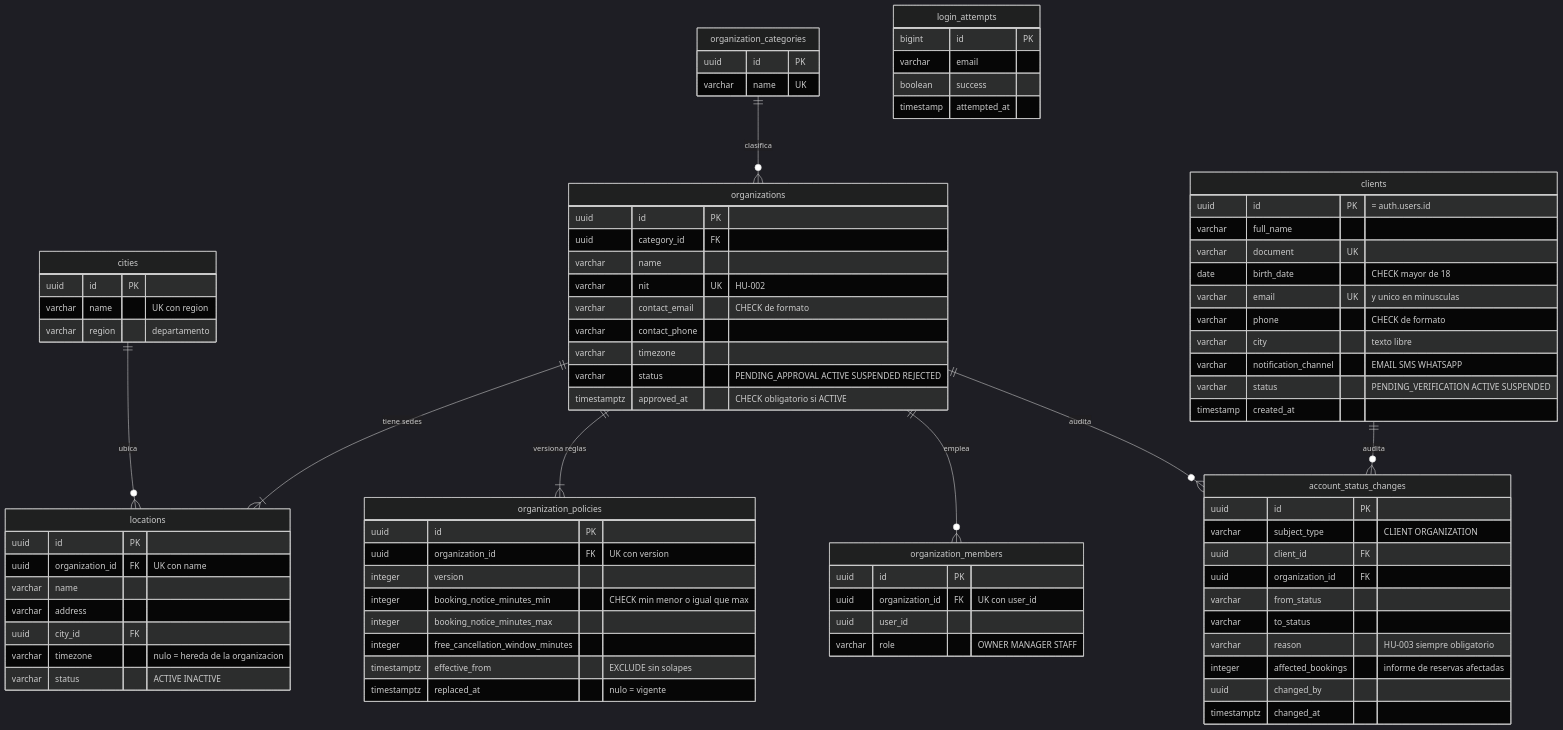
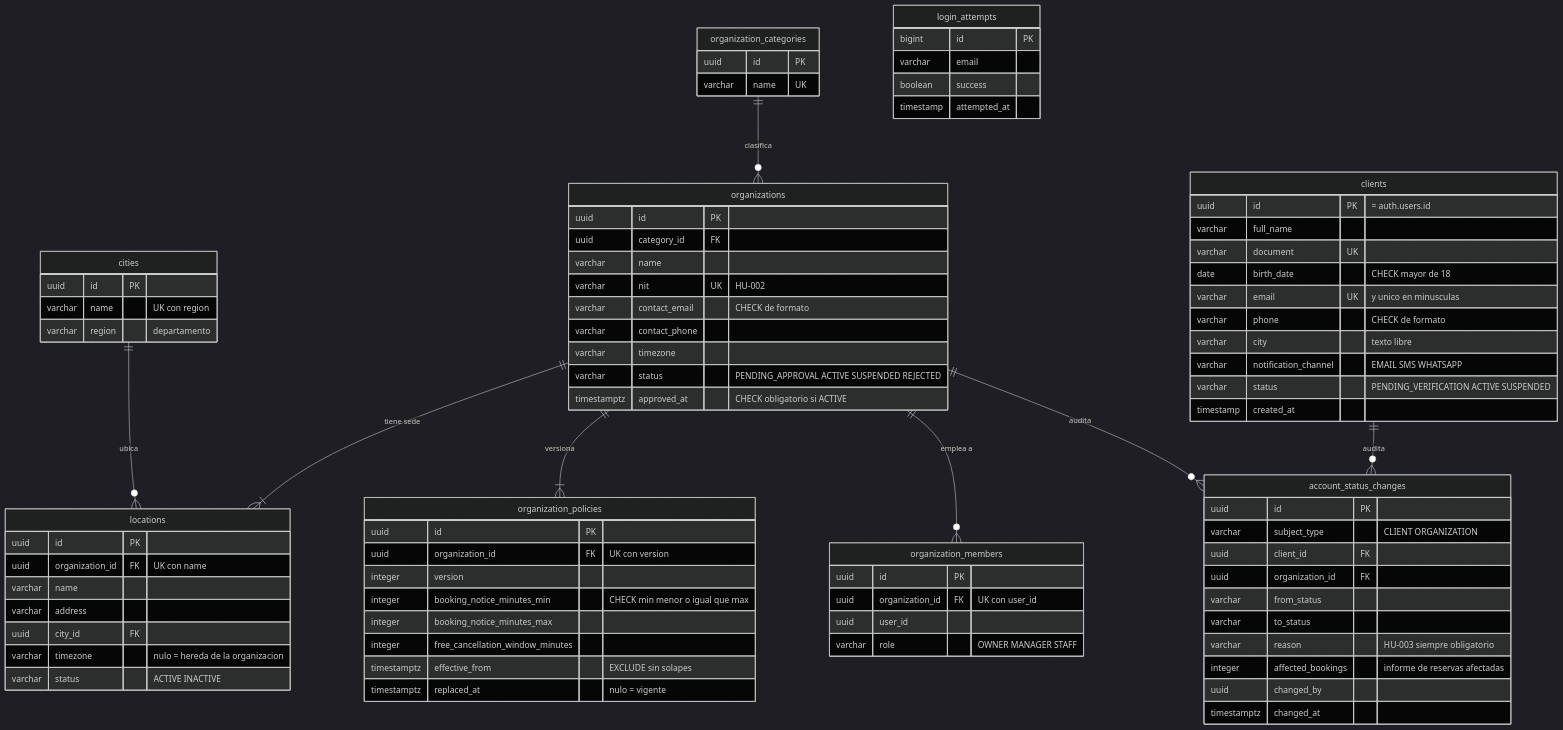
One commit to andersonhg19/bookingplatform-BDs changed the first of 3 diagrams in README.md. Above: the diagram before and after it, drawn with Mermaid (dark theme). The commit also changed other lines of this file and 5 other files, not shown here.

First line of the commit message:
refactor: rehace el diagrama ER en cuatro paginas tematicas

```diff
--- a/README.md
+++ b/README.md
@@ -173,9 +173,9 @@
 erDiagram
     cities ||--o{ locations : "ubica"
     organization_categories ||--o{ organizations : "clasifica"
-    organizations ||--|{ locations : "tiene sedes"
-    organizations ||--|{ organization_policies : "versiona reglas"
-    organizations ||--o{ organization_members : "emplea"
+    organizations ||--|{ locations : "tiene sede"
+    organizations ||--|{ organization_policies : "versiona"
+    organizations ||--o{ organization_members : "emplea a"
     organizations ||--o{ account_status_changes : "audita"
     clients ||--o{ account_status_changes : "audita"
 
```
